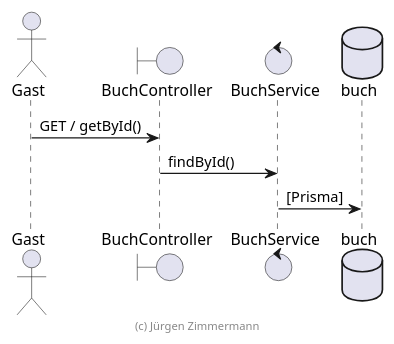
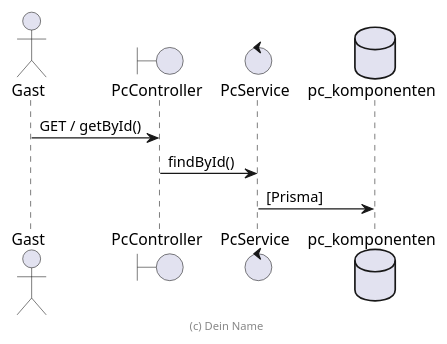
One commit to davidjjflaig/pc changed the diagram in .extras/doc/projekthandbuch/sequenzdiagramm.plantuml. Above: the diagram before and after it, drawn with PlantUML. The commit also changed other lines of this file and 12 other files, not shown here.

Commit message:
Asciidoc für das Projekt

```diff
--- a/.extras/doc/projekthandbuch/sequenzdiagramm.plantuml
+++ b/.extras/doc/projekthandbuch/sequenzdiagramm.plantuml
@@ -18,15 +1,17 @@
 @startuml Sequenzdiagramm
 
 actor Gast
 
-boundary BuchController
-control BuchService
-database buch
+' Teilnehmer wurden an das PC-Projekt angepasst
+boundary PcController
+control PcService
+database pc_komponenten
 
-Gast -> BuchController : GET / getById()
-BuchController -> BuchService: findById()
-BuchService -> buch: [Prisma]
+' Die Abläufe bleiben gleich, aber die Teilnehmer sind neu
+Gast -> PcController : GET / getById()
+PcController -> PcService: findById()
+PcService -> pc_komponenten: [Prisma]
 
-footer (c) Jürgen Zimmermann
+footer (c) Dein Name
 
 @enduml
```
